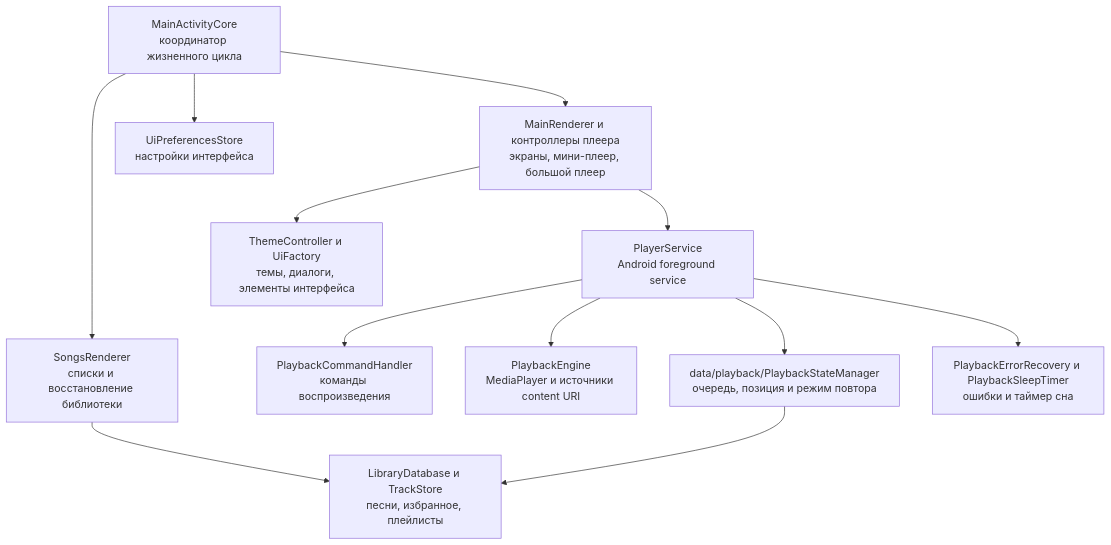
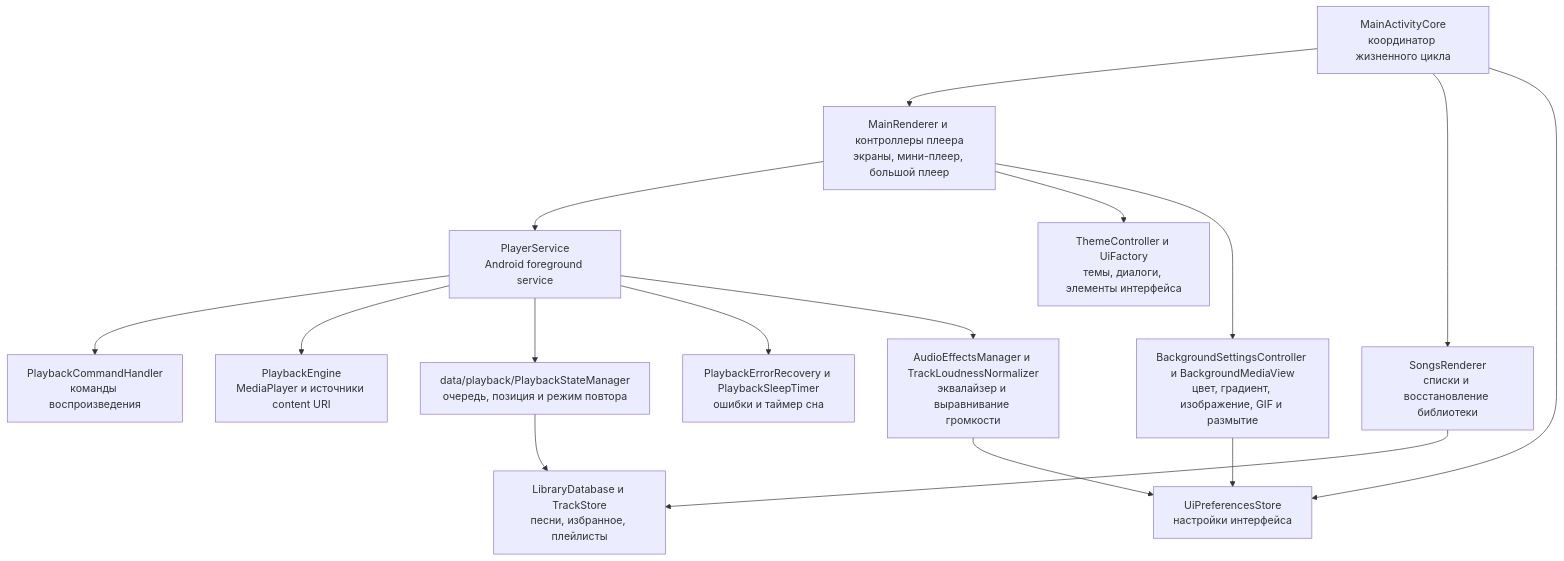
Before and after one commit to dumuzeyn/MP3-player-APK: the first of 2 diagrams in README.md, drawn with Mermaid. The commit also changed other lines of this file and 3 other files, not shown here.

````diff
--- a/README.md
+++ b/README.md
@@ -41,26 +45,32 @@
 ```mermaid
 flowchart TD
     ACT["MainActivityCore<br/>координатор жизненного цикла"]
     UI["MainRenderer и контроллеры плеера<br/>экраны, мини-плеер, большой плеер"]
     SONGS["SongsRenderer<br/>списки и восстановление библиотеки"]
     SERVICE["PlayerService<br/>Android foreground service"]
     COMMANDS["PlaybackCommandHandler<br/>команды воспроизведения"]
     ENGINE["PlaybackEngine<br/>MediaPlayer и источники content URI"]
     STATE["data/playback/PlaybackStateManager<br/>очередь, позиция и режим повтора"]
     RECOVERY["PlaybackErrorRecovery и PlaybackSleepTimer<br/>ошибки и таймер сна"]
     DATA["LibraryDatabase и TrackStore<br/>песни, избранное, плейлисты"]
     STYLE["ThemeController и UiFactory<br/>темы, диалоги, элементы интерфейса"]
+    BACKGROUND["BackgroundSettingsController и BackgroundMediaView<br/>цвет, градиент, изображение, GIF и размытие"]
+    AUDIO["AudioEffectsManager и TrackLoudnessNormalizer<br/>эквалайзер и выравнивание громкости"]
     PREFS["UiPreferencesStore<br/>настройки интерфейса"]
 
     ACT --> UI
     ACT --> SONGS
     ACT --> PREFS
     SONGS --> DATA
     UI --> SERVICE
     SERVICE --> COMMANDS
     SERVICE --> ENGINE
     SERVICE --> STATE
     SERVICE --> RECOVERY
+    SERVICE --> AUDIO
     STATE --> DATA
     UI --> STYLE
+    UI --> BACKGROUND
+    BACKGROUND --> PREFS
+    AUDIO --> PREFS
 ```
````
